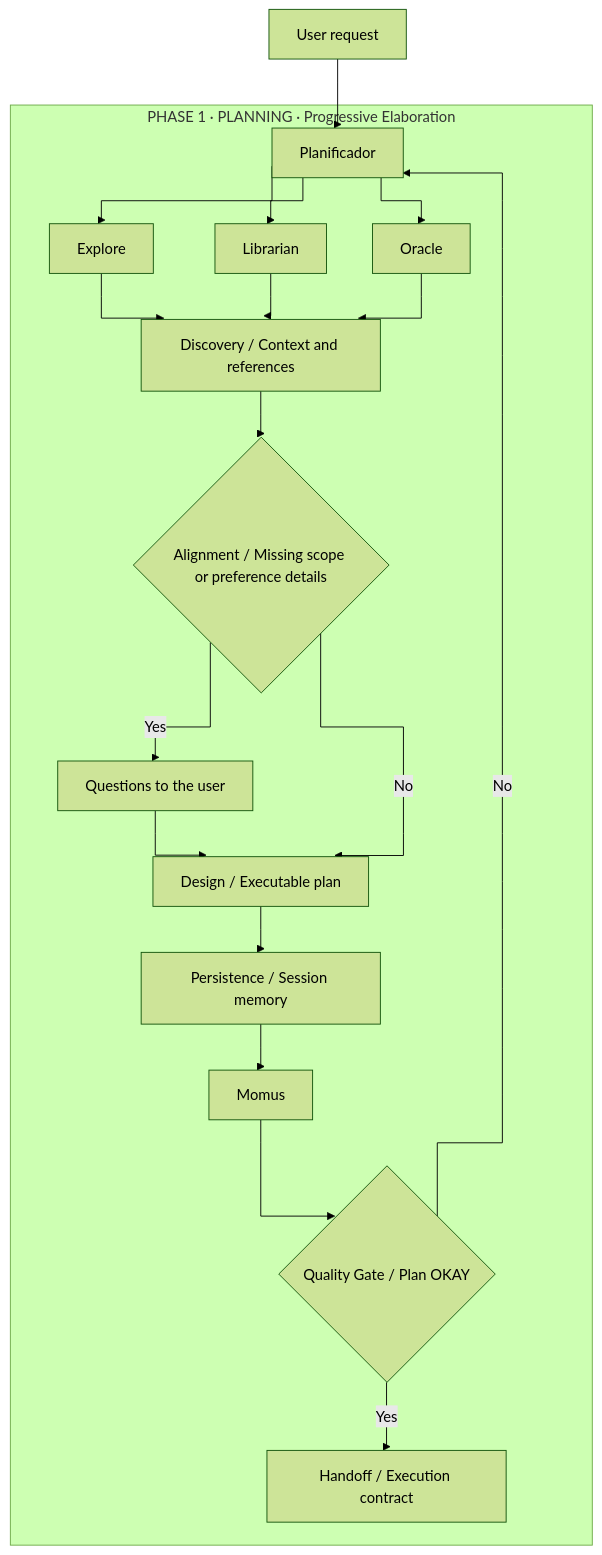
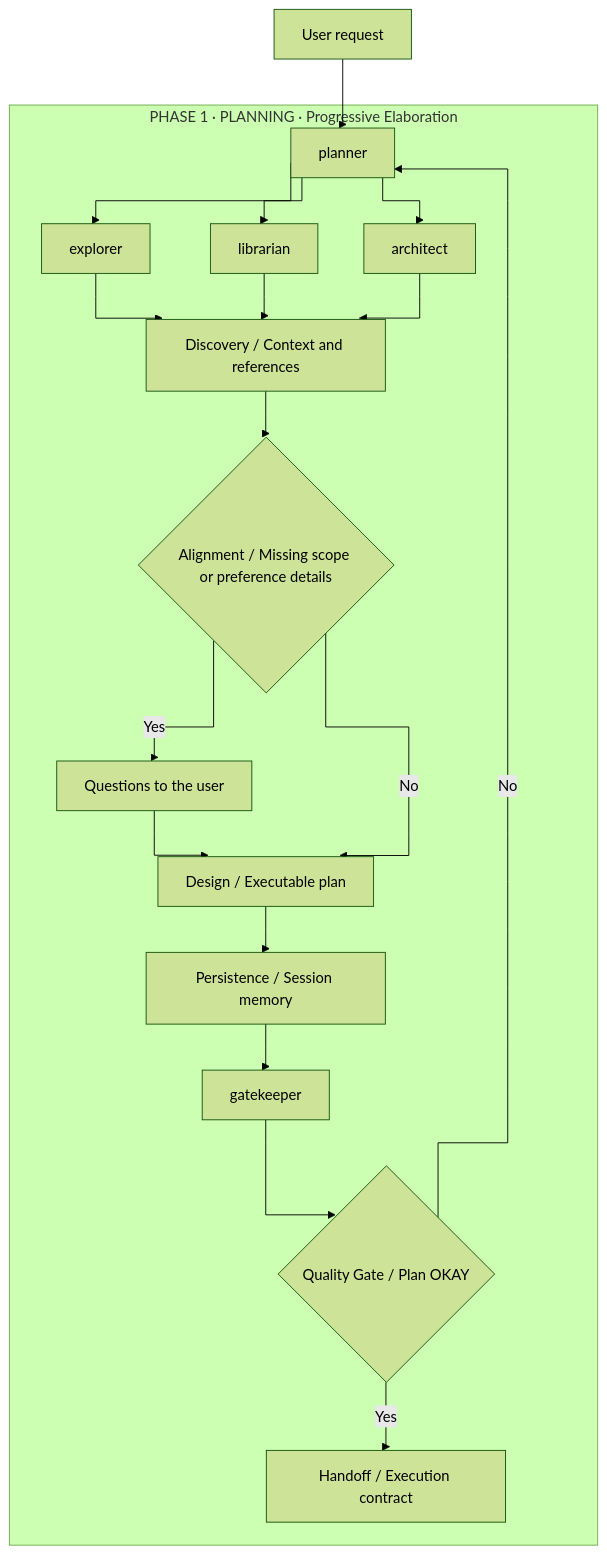
The first of 2 diagrams in docs/agent-system.md (jmgomezdev/ghcopilot-hub), drawn with Mermaid before and after one commit. The commit also changed other lines of this file and 13 other files, not shown here.

Commit message:
chore: :memo: Added new agents for architecture, planning, and documentation, and updated existing agents for consistency and clarity.

````diff
--- a/docs/agent-system.md
+++ b/docs/agent-system.md
@@ -57,27 +57,27 @@
 ```mermaid
 %%{init: {'theme': 'forest', 'look': 'classic', 'flowchart': {'curve': 'stepBefore'}} }%%
 flowchart TD
-    user[User request] --> planificador[Planificador]
+    user[User request] --> planner[planner]
 
     subgraph phase_plan[PHASE 1 · PLANNING · Progressive Elaboration]
-        planificador --> explore[Explore]
-        planificador --> librarian[Librarian]
-        planificador --> oracle[Oracle]
+        planner --> explorer[explorer]
+        planner --> librarian[librarian]
+        planner --> architect[architect]
 
-        explore --> findings[Discovery / Context and references]
+        explorer --> findings[Discovery / Context and references]
         librarian --> findings
-        oracle --> findings
+        architect --> findings
 
         findings --> questions{Alignment / Missing scope or preference details}
         questions -- Yes --> user_feedback[Questions to the user]
         user_feedback --> draft[Design / Executable plan]
         questions -- No --> draft[Design / Executable plan]
 
         draft --> session_memory[Persistence / Session memory]
-        session_memory --> momus[Momus]
-        momus --> approved{Quality Gate / Plan OKAY}
+        session_memory --> gatekeeper[gatekeeper]
+        gatekeeper --> approved{Quality Gate / Plan OKAY}
 
-        approved -- No --> planificador
+        approved -- No --> planner
         approved -- Yes --> approved_plan[Handoff / Execution contract]
     end
 ```
````
